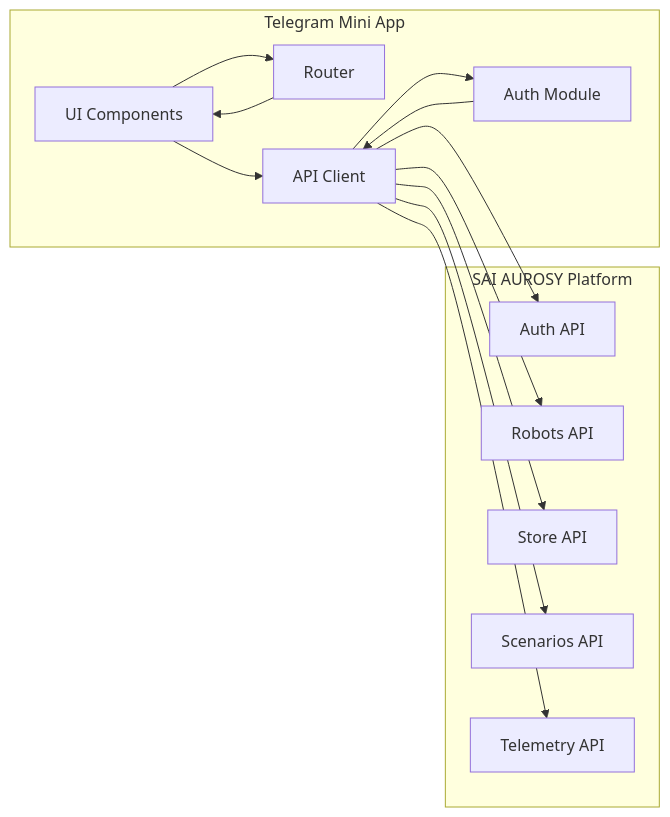
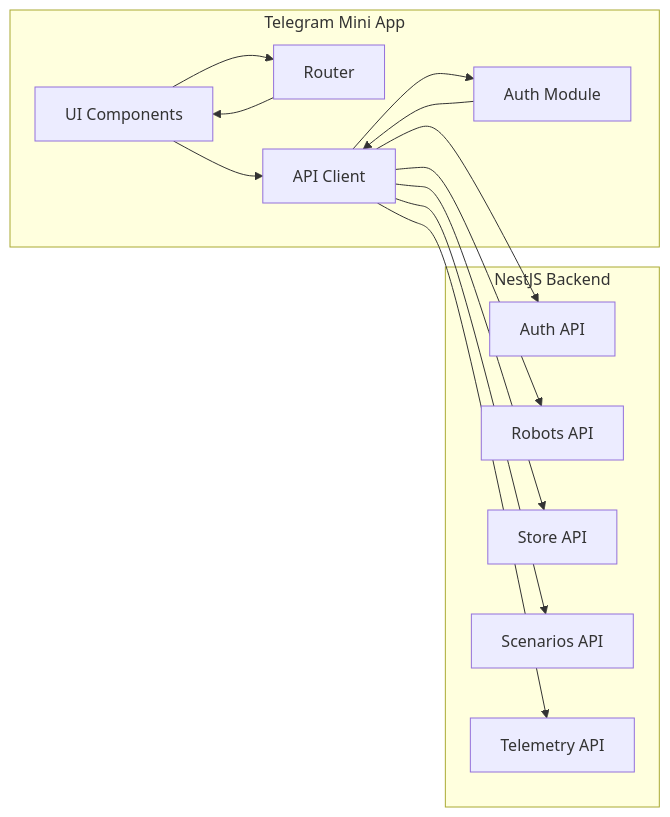
The third of 3 diagrams in docs/architecture/system-architecture.md (Saitosar/sai-aurosy-telegram-mini-app), drawn with Mermaid before and after one commit. The commit also changed other lines of this file and 45 other files, not shown here.

Commit message:
Update environment configuration, enhance README, and refine backend architecture documentation. Added new dependencies for TON Connect and React Three Fiber, and improved API integration details in various documentation files.

````diff
--- a/docs/architecture/system-architecture.md
+++ b/docs/architecture/system-architecture.md
@@ -151,26 +165,26 @@
 ```mermaid
 flowchart LR
     subgraph MiniApp [Telegram Mini App]
         UI[UI Components]
         Router[Router]
         ApiClient[API Client]
         Auth[Auth Module]
     end
-    subgraph Platform [SAI AUROSY Platform]
+    subgraph Backend [NestJS Backend]
         AuthAPI[Auth API]
         RobotsAPI[Robots API]
         StoreAPI[Store API]
         ScenariosAPI[Scenarios API]
         TelemetryAPI[Telemetry API]
     end
     UI --> Router
     Router --> UI
     UI --> ApiClient
     ApiClient --> Auth
     Auth --> ApiClient
     ApiClient --> AuthAPI
     ApiClient --> RobotsAPI
     ApiClient --> StoreAPI
     ApiClient --> ScenariosAPI
     ApiClient --> TelemetryAPI
 ```
````
